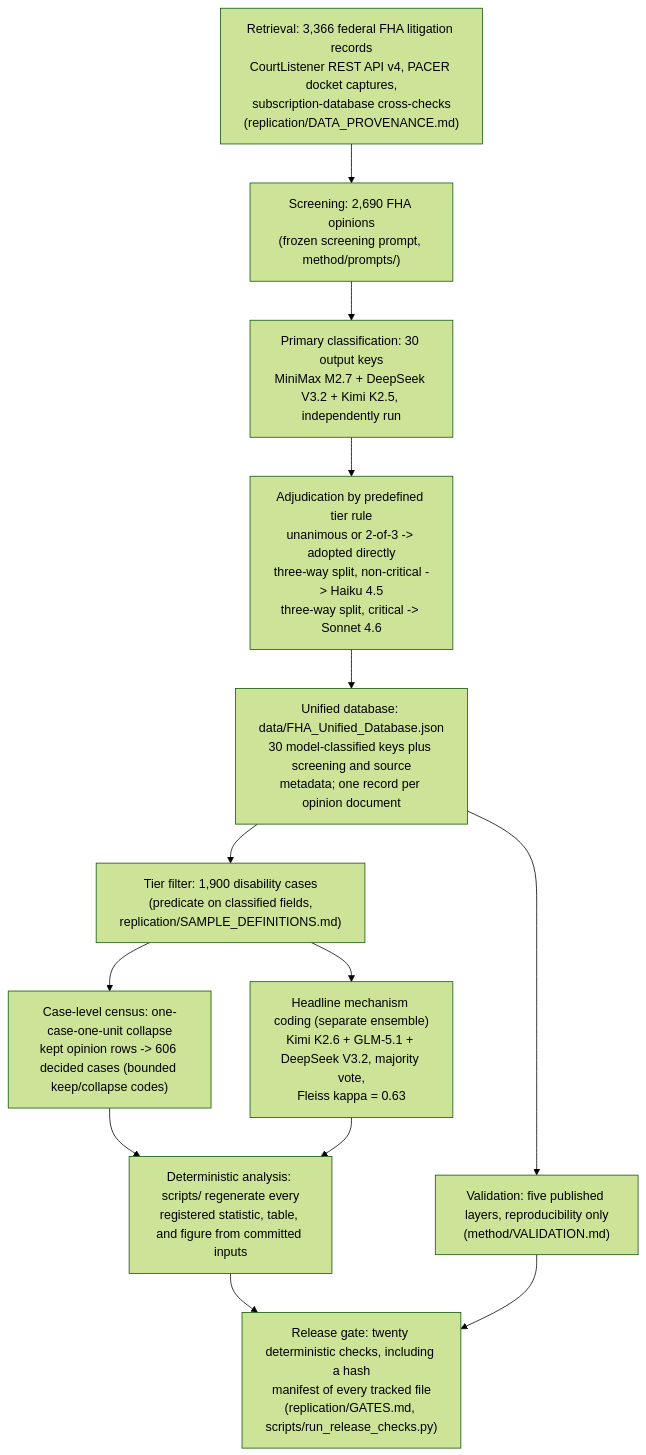
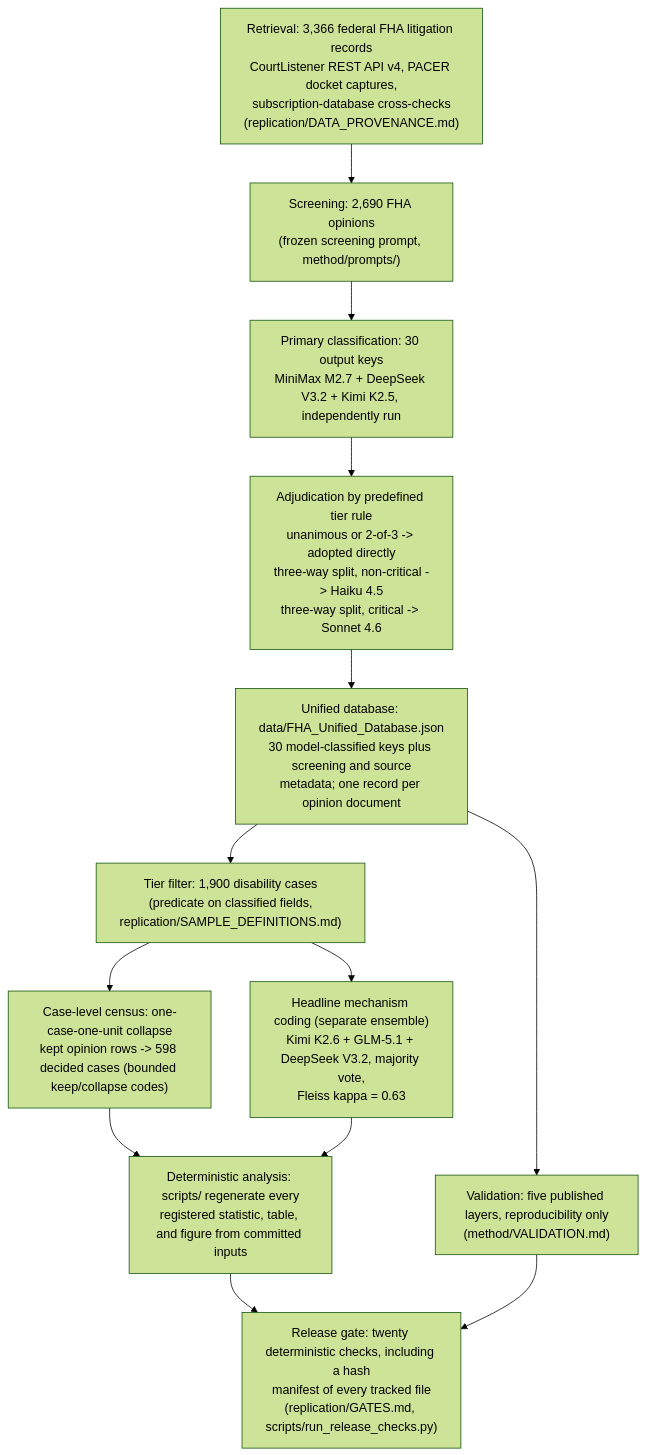
One commit to NickGillArizona/Duty-Without-Data changed the diagram in method/SYSTEM_MAP.md. Above: the diagram before and after it, drawn with Mermaid (forest theme). The commit also changed other lines of this file and 31 other files, not shown here.

````diff
--- a/method/SYSTEM_MAP.md
+++ b/method/SYSTEM_MAP.md
@@ -10,23 +10,23 @@
 ```mermaid
 flowchart TD
     A["Retrieval: 3,366 federal FHA litigation records<br/>CourtListener REST API v4, PACER docket captures,<br/>subscription-database cross-checks<br/>(replication/DATA_PROVENANCE.md)"]
     B["Screening: 2,690 FHA opinions<br/>(frozen screening prompt, method/prompts/)"]
     C["Primary classification: 30 output keys<br/>MiniMax M2.7 + DeepSeek V3.2 + Kimi K2.5, independently run"]
     D["Adjudication by predefined tier rule<br/>unanimous or 2-of-3 -> adopted directly<br/>three-way split, non-critical -> Haiku 4.5<br/>three-way split, critical -> Sonnet 4.6"]
     E["Unified database: data/FHA_Unified_Database.json<br/>30 model-classified keys plus screening and source<br/>metadata; one record per opinion document"]
     T2["Tier filter: 1,900 disability cases<br/>(predicate on classified fields,<br/>replication/SAMPLE_DEFINITIONS.md)"]
     F["Headline mechanism coding (separate ensemble)<br/>Kimi K2.6 + GLM-5.1 + DeepSeek V3.2, majority vote,<br/>Fleiss kappa = 0.63"]
-    G["Case-level census: one-case-one-unit collapse<br/>kept opinion rows -> 606 decided cases (bounded keep/collapse codes)"]
+    G["Case-level census: one-case-one-unit collapse<br/>kept opinion rows -> 598 decided cases (bounded keep/collapse codes)"]
     H["Deterministic analysis: scripts/ regenerate every<br/>registered statistic, table, and figure from committed inputs"]
     I["Validation: five published layers, reproducibility only<br/>(method/VALIDATION.md)"]
     J["Release gate: twenty deterministic checks, including a hash<br/>manifest of every tracked file<br/>(replication/GATES.md, scripts/run_release_checks.py)"]
     A --> B --> C --> D --> E
     E --> T2
     T2 --> F
     T2 --> G
     G --> H
     F --> H
     E --> I
     H --> J
     I --> J
 ```
````
